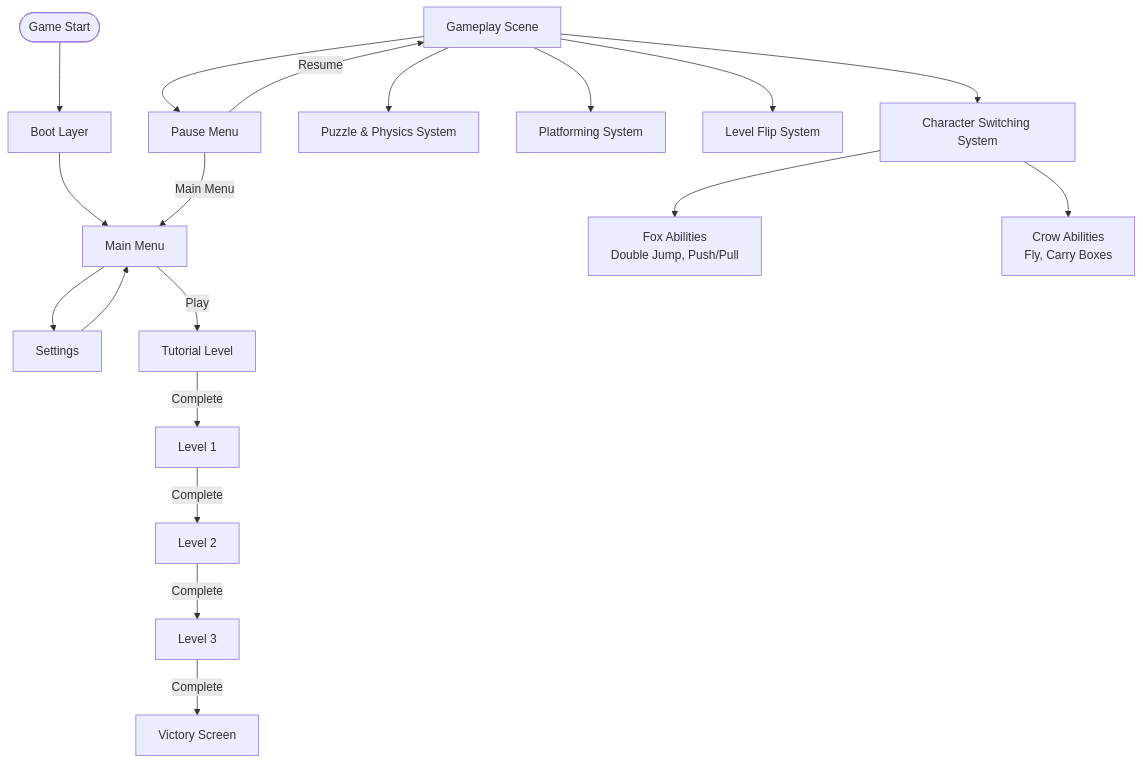
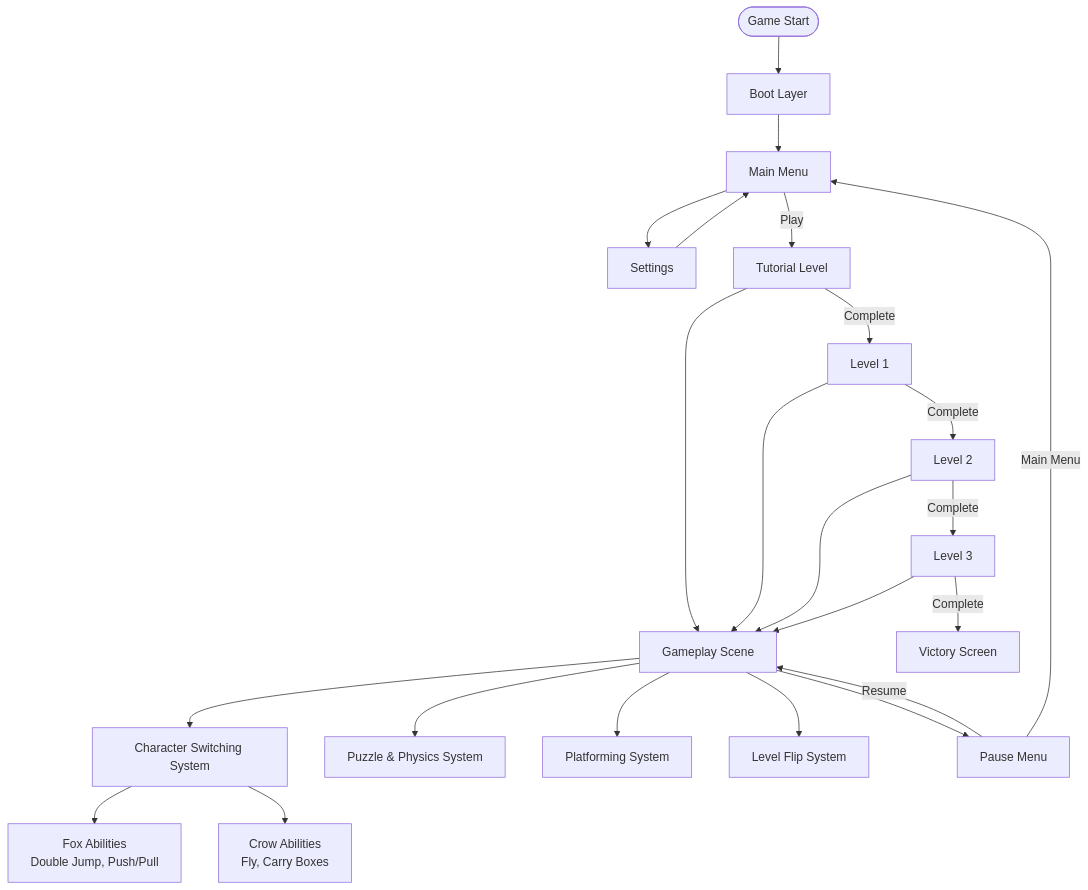
The second of 4 diagrams in README.md (Justsomeguy241/Out-of-the-box), drawn with Mermaid before and after one commit.

````diff
--- a/README.md
+++ b/README.md
@@ -48,51 +48,58 @@
 ```mermaid
 graph TD
     %% Initialization & Menus
     Start([Game Start])
     Boot[Boot Layer]
     MM[Main Menu]
     Settings[Settings]
 
     %% Gameplay Core
     GP[Gameplay Scene]
     Switch[Character Switching System]
     Puzzle[Puzzle & Physics System]
     Platforming[Platforming System]
     Flip[Level Flip System]
 
     %% Characters
     Fox[Fox Abilities<br/>Double Jump, Push/Pull]
     Crow[Crow Abilities<br/>Fly, Carry Boxes]
 
     %% UI & States
     Pause[Pause Menu]
     Victory[Victory Screen]
 
     %% Level Progression
     Tutorial[Tutorial Level]
     Level1[Level 1]
     Level2[Level 2]
     Level3[Level 3]
 
     %% Flows
     Start --> Boot --> MM
     MM -->|Play| Tutorial
     MM --> Settings
     Settings --> MM
 
     Tutorial -->|Complete| Level1
     Level1 -->|Complete| Level2
     Level2 -->|Complete| Level3
     Level3 -->|Complete| Victory
 
+    %% Levels connect to Gameplay
+    Tutorial --> GP
+    Level1 --> GP
+    Level2 --> GP
+    Level3 --> GP
+
     GP --> Switch
     Switch --> Fox
     Switch --> Crow
     GP --> Puzzle
     GP --> Platforming
     GP --> Flip
 
     GP --> Pause
     Pause -->|Resume| GP
     Pause -->|Main Menu| MM
+
 ```
````
